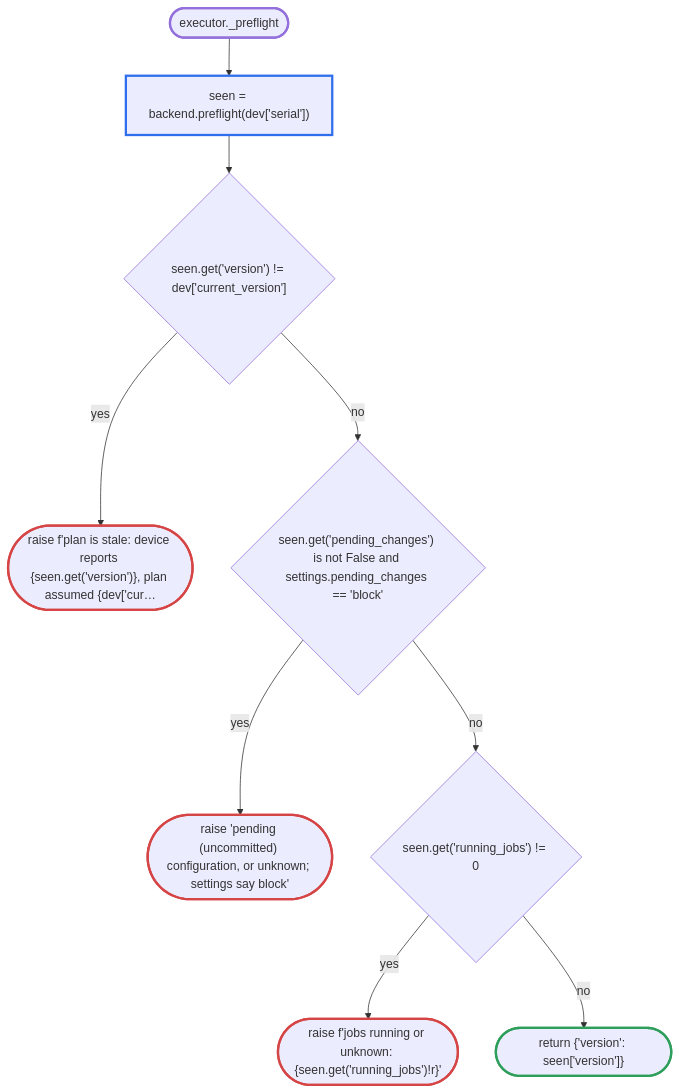
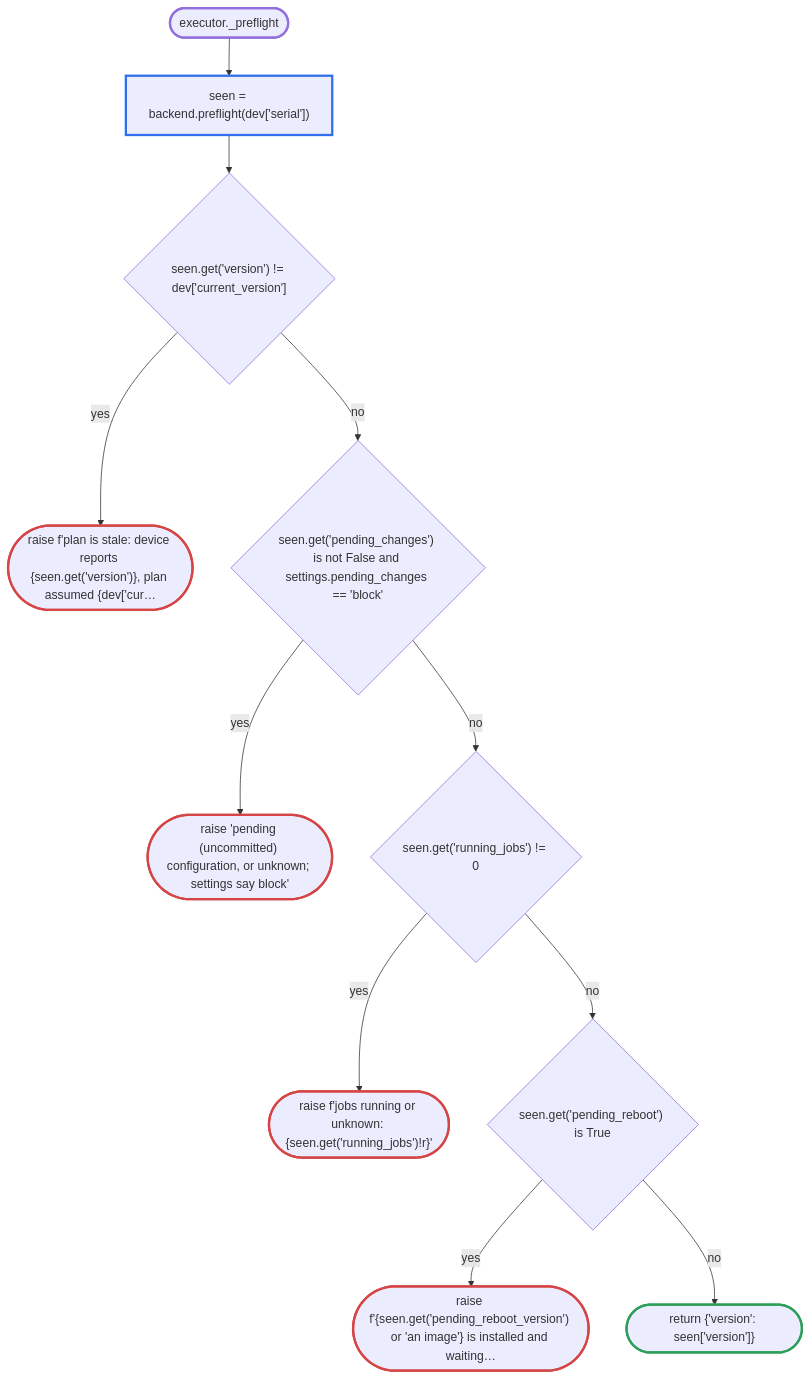
One commit to fettigcj/panUpgrade changed the fourth of 21 diagrams in docs/flow/upgrade.md. Above: the diagram before and after it, drawn with Mermaid. The commit also changed other lines of this file and 11 other files, not shown here.

Commit message:
Add pending_reboot check from debug swm status

````diff
--- a/docs/flow/upgrade.md
+++ b/docs/flow/upgrade.md
@@ -183,31 +183,36 @@
 ```mermaid
 flowchart TD
     p1(["executor._preflight"])
     p2["seen = backend.preflight(dev['serial'])"]
     p3{"seen.get('version') != dev['current_version']"}
     p4(["raise f'plan is stale: device reports {seen.get('version')}, plan assumed {dev['cur…"])
     p5{"seen.get('pending_changes') is not False and settings.pending_changes == 'block'"}
     p6(["raise 'pending (uncommitted) configuration, or unknown; settings say block'"])
     p7{"seen.get('running_jobs') != 0"}
     p8(["raise f'jobs running or unknown: {seen.get('running_jobs')!r}'"])
-    p9(["return {'version': seen['version']}"])
+    p9{"seen.get('pending_reboot') is True"}
+    p10(["raise f'{seen.get('pending_reboot_version') or 'an image'} is installed and waiting…"])
+    p11(["return {'version': seen['version']}"])
     p1 --> p2
     p2 --> p3
     p3 -->|yes| p4
     p3 -->|no| p5
     p5 -->|yes| p6
     p5 -->|no| p7
     p7 -->|yes| p8
     p7 -->|no| p9
+    p9 -->|yes| p10
+    p9 -->|no| p11
     classDef api stroke:#2f6fed,stroke-width:3px
     classDef refuse stroke:#d64545,stroke-width:3px
     classDef done stroke:#2e9e5b,stroke-width:3px
     classDef step stroke:#e0a020,stroke-width:3px
     classDef entry stroke-width:3px
     class p1 entry
     class p2 api
     class p4 refuse
     class p6 refuse
     class p8 refuse
-    class p9 done
+    class p10 refuse
+    class p11 done
 ```
````
